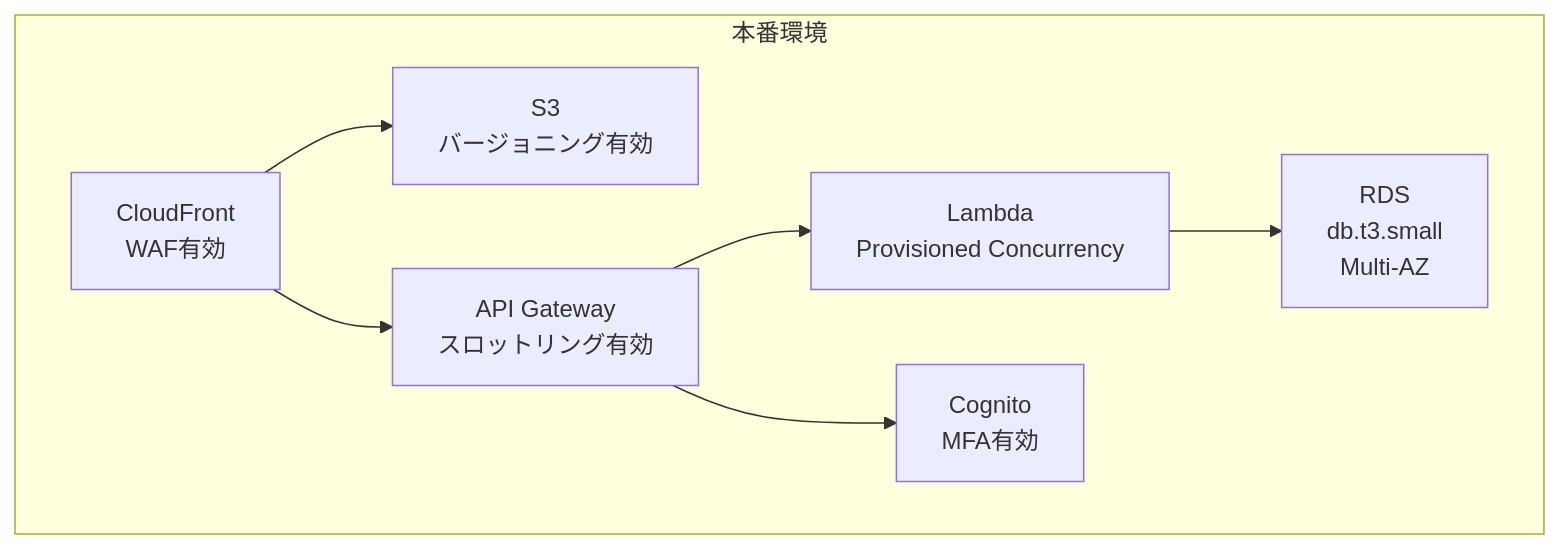
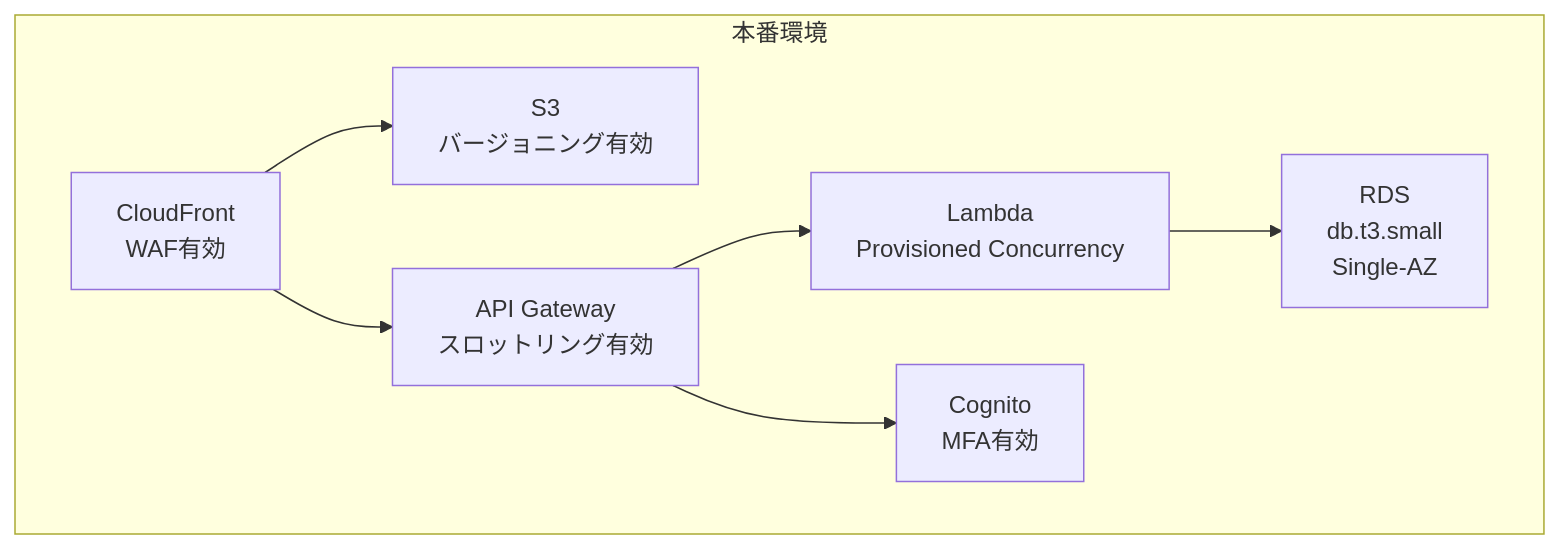
The seventh of 9 diagrams in docs/system-architecture.md (MizukiAono/zousho), drawn with Mermaid before and after one commit. The commit also changed other lines of this file and 2 other files, not shown here.

````diff
--- a/docs/system-architecture.md
+++ b/docs/system-architecture.md
@@ -250,17 +268,17 @@
 ```mermaid
 flowchart TB
     subgraph Prod["本番環境"]
         CF_Prod["CloudFront<br/>WAF有効"]
         S3_Prod["S3<br/>バージョニング有効"]
         APIGW_Prod["API Gateway<br/>スロットリング有効"]
         Lambda_Prod["Lambda<br/>Provisioned Concurrency"]
-        RDS_Prod["RDS<br/>db.t3.small<br/>Multi-AZ"]
+        RDS_Prod["RDS<br/>db.t3.small<br/>Single-AZ"]
         Cognito_Prod["Cognito<br/>MFA有効"]
     end
 
     CF_Prod --> S3_Prod
     CF_Prod --> APIGW_Prod
     APIGW_Prod --> Lambda_Prod
     Lambda_Prod --> RDS_Prod
     APIGW_Prod --> Cognito_Prod
 ```
````
